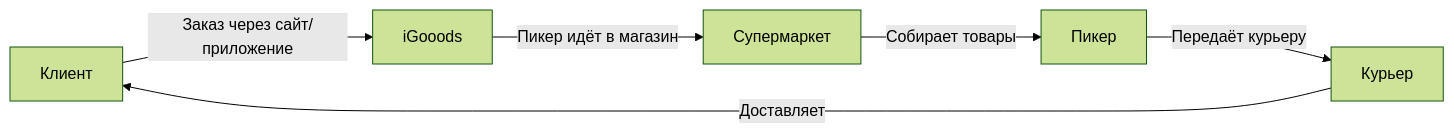
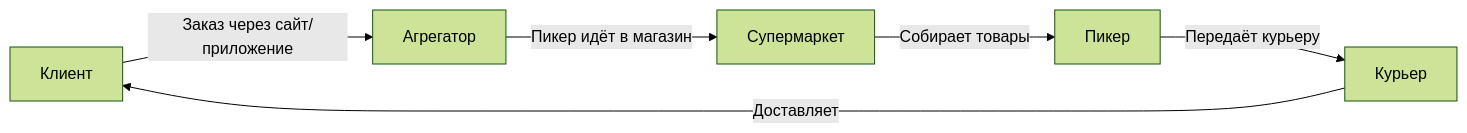
The diagram in references/github/analysis.md (bestdeejay-design/srs-docs), drawn with Mermaid (forest theme) before and after one commit. The commit also changed other lines of this file and 13 other files, not shown here.

````diff
--- a/references/github/analysis.md
+++ b/references/github/analysis.md
@@ -24,8 +24,8 @@
 ```mermaid
 flowchart LR
-    A[Клиент] -->|Заказ через сайт/приложение| B[iGooods]
+    A[Клиент] -->|Заказ через сайт/приложение| B[Агрегатор]
     B -->|Пикер идёт в магазин| C[Супермаркет]
     C -->|Собирает товары| D[Пикер]
     D -->|Передаёт курьеру| E[Курьер]
     E -->|Доставляет| A
 ```
````
